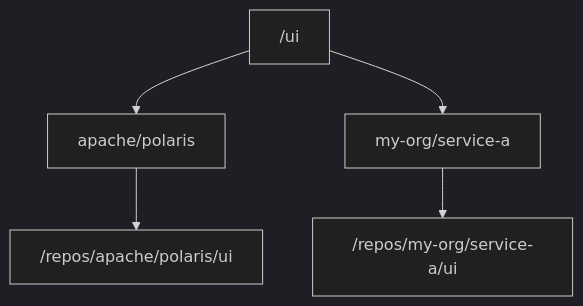
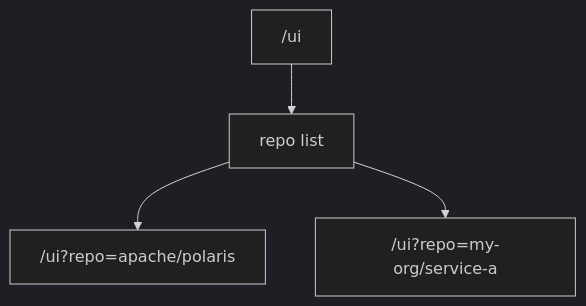
The first of 2 diagrams in docs/multi-repo-support-plan.md (flyrain/pr-intelligence), drawn with Mermaid (dark theme) before and after one commit. The commit also changed other lines of this file, not shown here.

Commit message:
Switch multi-repo plan to repo query parameter

````diff
--- a/docs/multi-repo-support-plan.md
+++ b/docs/multi-repo-support-plan.md
@@ -13,7 +13,6 @@
 ```mermaid
 flowchart TD
-    A["/ui"] --> B["apache/polaris"]
-    A --> C["my-org/service-a"]
-    B --> D["/repos/apache/polaris/ui"]
-    C --> E["/repos/my-org/service-a/ui"]
+    A["/ui"] --> B["repo list"]
+    B --> C["/ui?repo=apache/polaris"]
+    B --> D["/ui?repo=my-org/service-a"]
 ```
````
